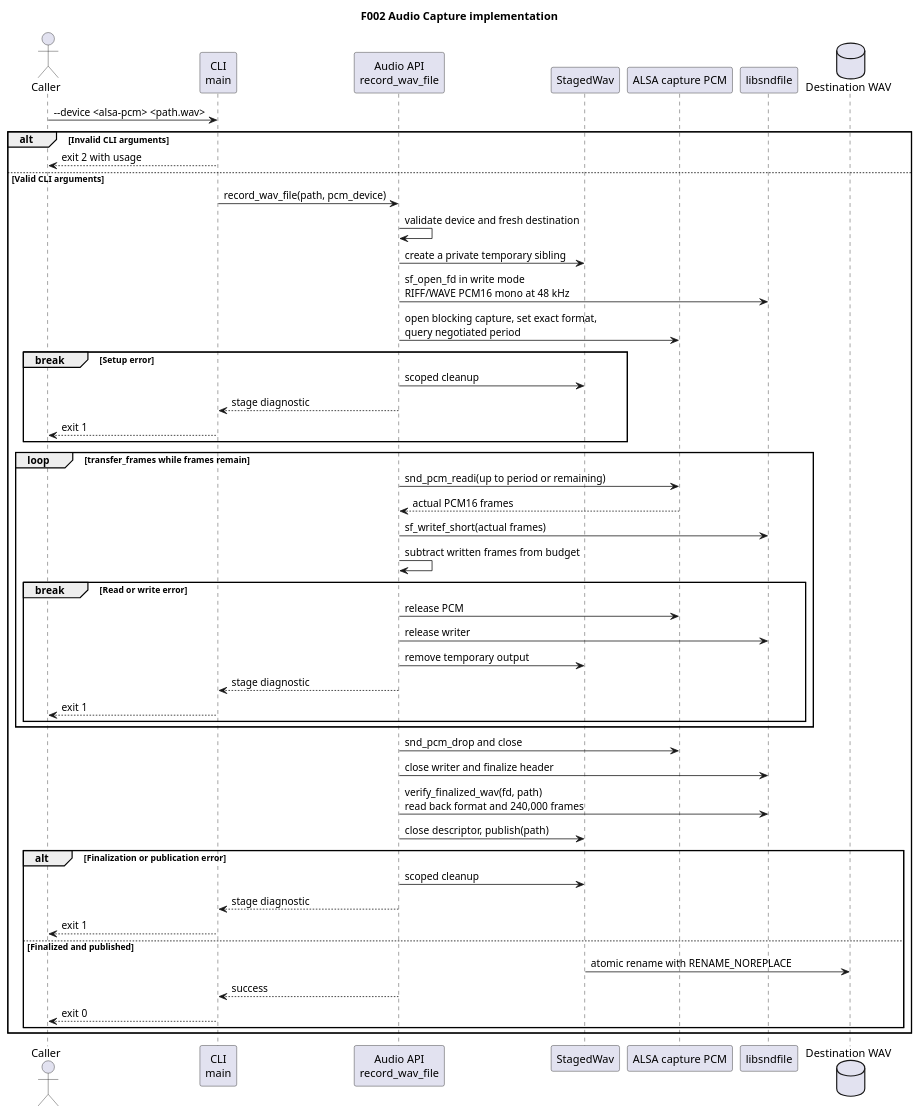
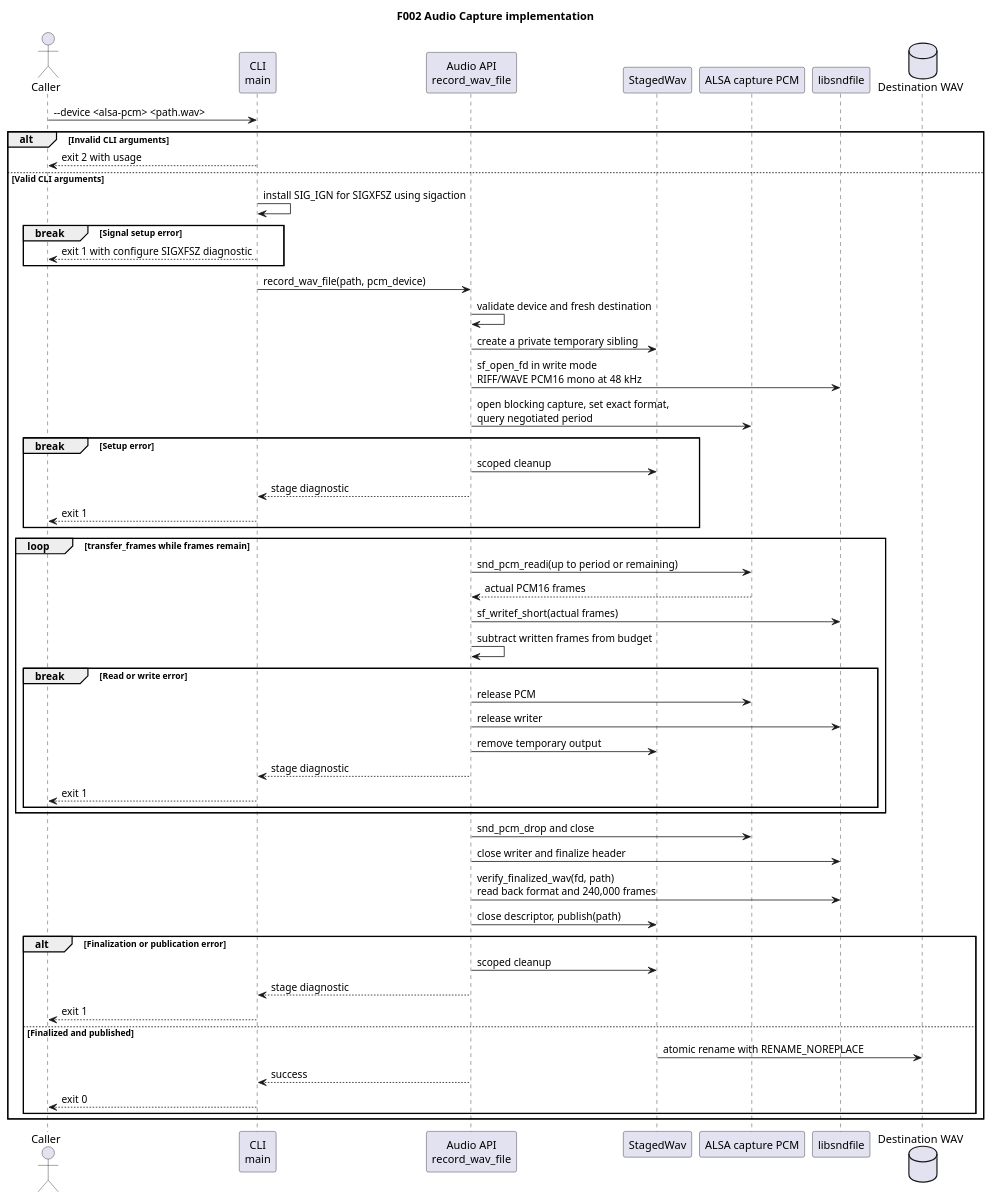
Before and after one commit to haophan-nguyen/robot_ai: the diagram in docs/features/F002-audio-capture/phase2-implementation-design.puml, drawn with PlantUML. The commit also changed 2 other files, not shown here.

```diff
--- a/docs/features/F002-audio-capture/phase2-implementation-design.puml
+++ b/docs/features/F002-audio-capture/phase2-implementation-design.puml
@@ -1,52 +1,56 @@
 @startuml
 title F002 Audio Capture implementation
 actor Caller
 participant "CLI\nmain" as CLI
 participant "Audio API\nrecord_wav_file" as Capture
 participant StagedWav as Stage
 participant "ALSA capture PCM" as ALSA
 participant libsndfile as WAV
 database "Destination WAV" as File
 
 Caller -> CLI : --device <alsa-pcm> <path.wav>
 alt Invalid CLI arguments
     CLI --> Caller : exit 2 with usage
 else Valid CLI arguments
+    CLI -> CLI : install SIG_IGN for SIGXFSZ using sigaction
+    break Signal setup error
+        CLI --> Caller : exit 1 with configure SIGXFSZ diagnostic
+    end
     CLI -> Capture : record_wav_file(path, pcm_device)
     Capture -> Capture : validate device and fresh destination
     Capture -> Stage : create a private temporary sibling
     Capture -> WAV : sf_open_fd in write mode\nRIFF/WAVE PCM16 mono at 48 kHz
     Capture -> ALSA : open blocking capture, set exact format,\nquery negotiated period
     break Setup error
         Capture -> Stage : scoped cleanup
         Capture --> CLI : stage diagnostic
         CLI --> Caller : exit 1
     end
     loop transfer_frames while frames remain
         Capture -> ALSA : snd_pcm_readi(up to period or remaining)
         ALSA --> Capture : actual PCM16 frames
         Capture -> WAV : sf_writef_short(actual frames)
         Capture -> Capture : subtract written frames from budget
         break Read or write error
             Capture -> ALSA : release PCM
             Capture -> WAV : release writer
             Capture -> Stage : remove temporary output
             Capture --> CLI : stage diagnostic
             CLI --> Caller : exit 1
         end
     end
     Capture -> ALSA : snd_pcm_drop and close
     Capture -> WAV : close writer and finalize header
     Capture -> WAV : verify_finalized_wav(fd, path)\nread back format and 240,000 frames
     Capture -> Stage : close descriptor, publish(path)
     alt Finalization or publication error
         Capture -> Stage : scoped cleanup
         Capture --> CLI : stage diagnostic
         CLI --> Caller : exit 1
     else Finalized and published
         Stage -> File : atomic rename with RENAME_NOREPLACE
         Capture --> CLI : success
         CLI --> Caller : exit 0
     end
 end
 @enduml
```
